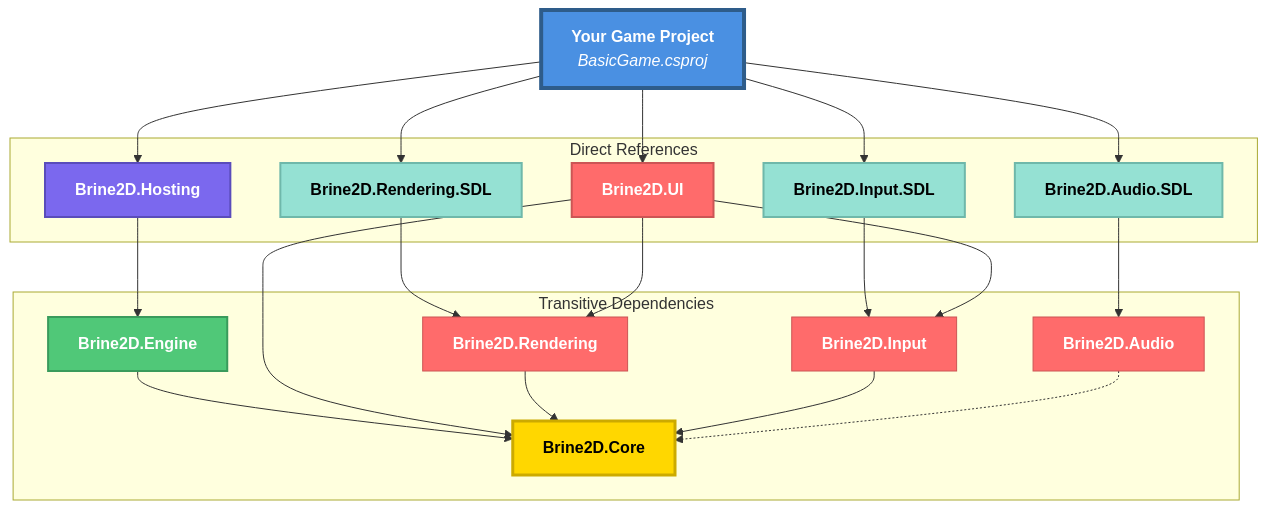
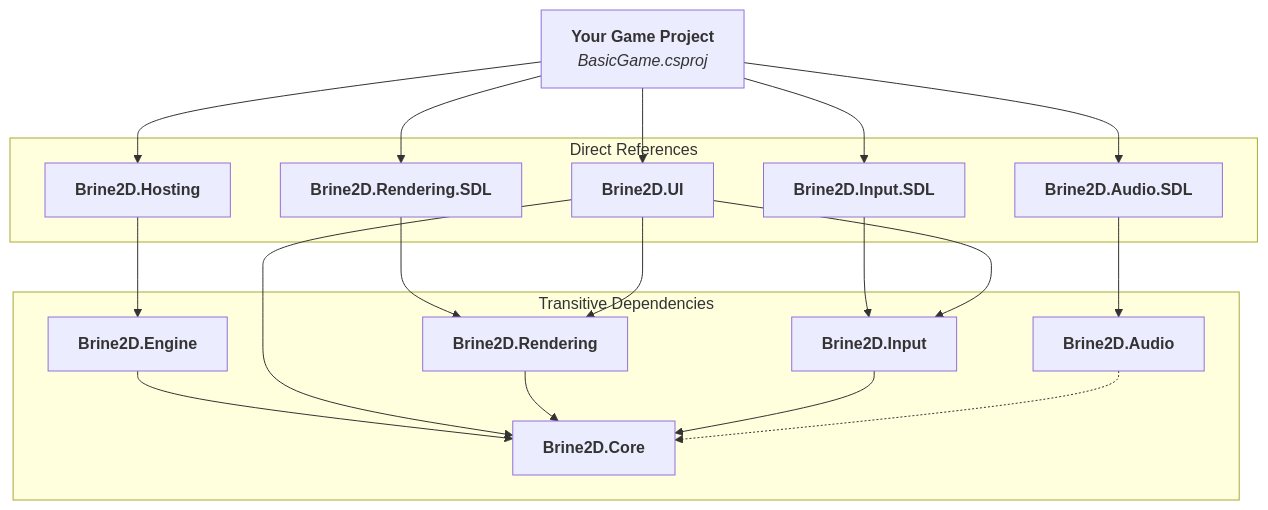
The diagram in docs/getting-started/project-structure.md (CrazyPickleStudios/Brine2D-Documentation), drawn with Mermaid before and after one commit.

Commit message:
mermaid works, but the colors were terrible that I defined, removing mermaid styles.

````diff
--- a/docs/getting-started/project-structure.md
+++ b/docs/getting-started/project-structure.md
@@ -12,52 +12,40 @@
 ```mermaid
 graph TB
     Game["<b>Your Game Project</b><br/><i>BasicGame.csproj</i>"]
     
     subgraph "Direct References"
         Hosting["<b>Brine2D.Hosting</b>"]
         RenderingSDL["<b>Brine2D.Rendering.SDL</b>"]
         InputSDL["<b>Brine2D.Input.SDL</b>"]
         AudioSDL["<b>Brine2D.Audio.SDL</b>"]
         UI["<b>Brine2D.UI</b>"]
     end
     
     subgraph "Transitive Dependencies"
         Engine["<b>Brine2D.Engine</b>"]
         Rendering["<b>Brine2D.Rendering</b>"]
         Input["<b>Brine2D.Input</b>"]
         Audio["<b>Brine2D.Audio</b>"]
         Core["<b>Brine2D.Core</b>"]
     end
     
     Game --> Hosting
     Game --> RenderingSDL
     Game --> InputSDL
     Game --> AudioSDL
     Game --> UI
     
     Hosting --> Engine
     Engine --> Core
     
     RenderingSDL --> Rendering
     InputSDL --> Input
     AudioSDL --> Audio
     UI --> Core
     UI --> Rendering
     UI --> Input
     
     Rendering --> Core
     Input --> Core
     Audio -.-> Core
-    
-    style Game fill:#4a90e2,stroke:#2e5c8a,stroke-width:4px,color:#fff
-    style Hosting fill:#7b68ee,stroke:#5a4cbb,stroke-width:2px,color:#fff
-    style RenderingSDL fill:#95e1d3,stroke:#6fb8aa,stroke-width:2px,color:#000
-    style InputSDL fill:#95e1d3,stroke:#6fb8aa,stroke-width:2px,color:#000
-    style AudioSDL fill:#95e1d3,stroke:#6fb8aa,stroke-width:2px,color:#000
-    style UI fill:#ff6b6b,stroke:#cc5555,stroke-width:2px,color:#fff
-    style Engine fill:#50c878,stroke:#3a9b5c,stroke-width:2px,color:#fff
-    style Rendering fill:#ff6b6b,stroke:#cc5555,stroke-width:1px,color:#fff
-    style Input fill:#ff6b6b,stroke:#cc5555,stroke-width:1px,color:#fff
-    style Audio fill:#ff6b6b,stroke:#cc5555,stroke-width:1px,color:#fff
-    style Core fill:#ffd700,stroke:#ccaa00,stroke-width:3px,color:#000
 ```
````
